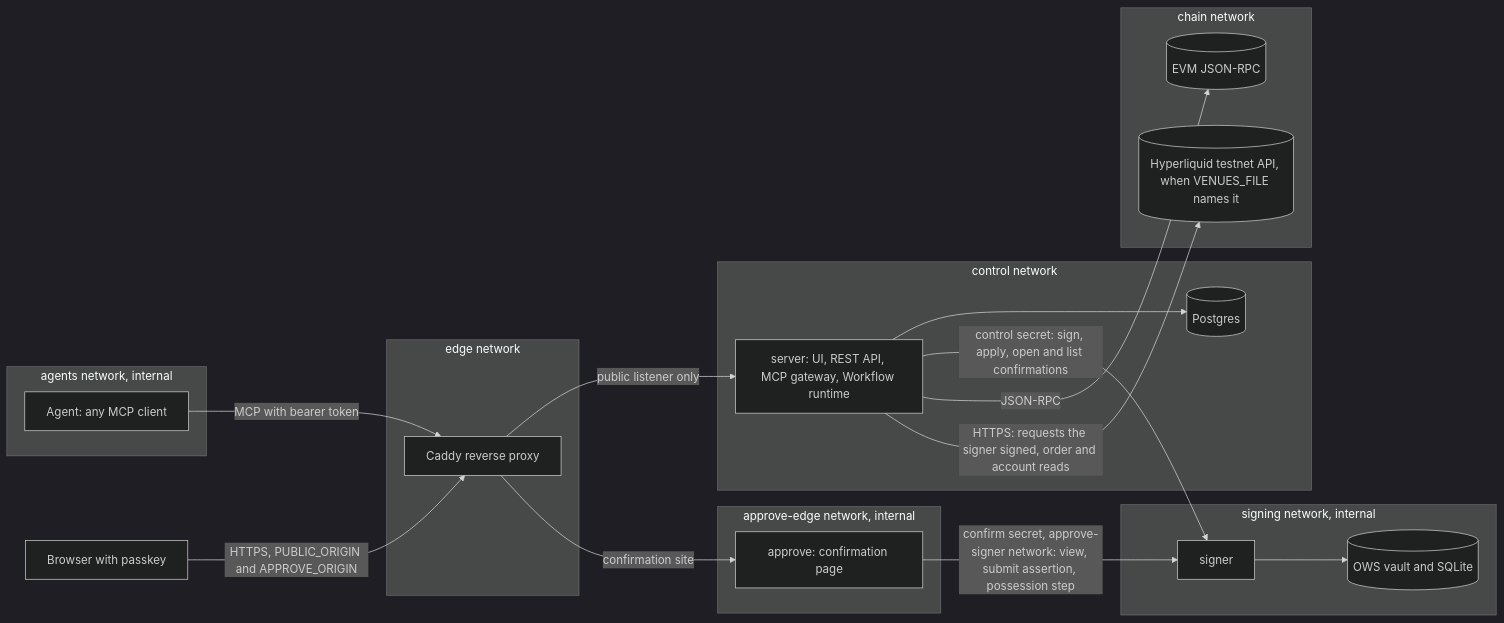
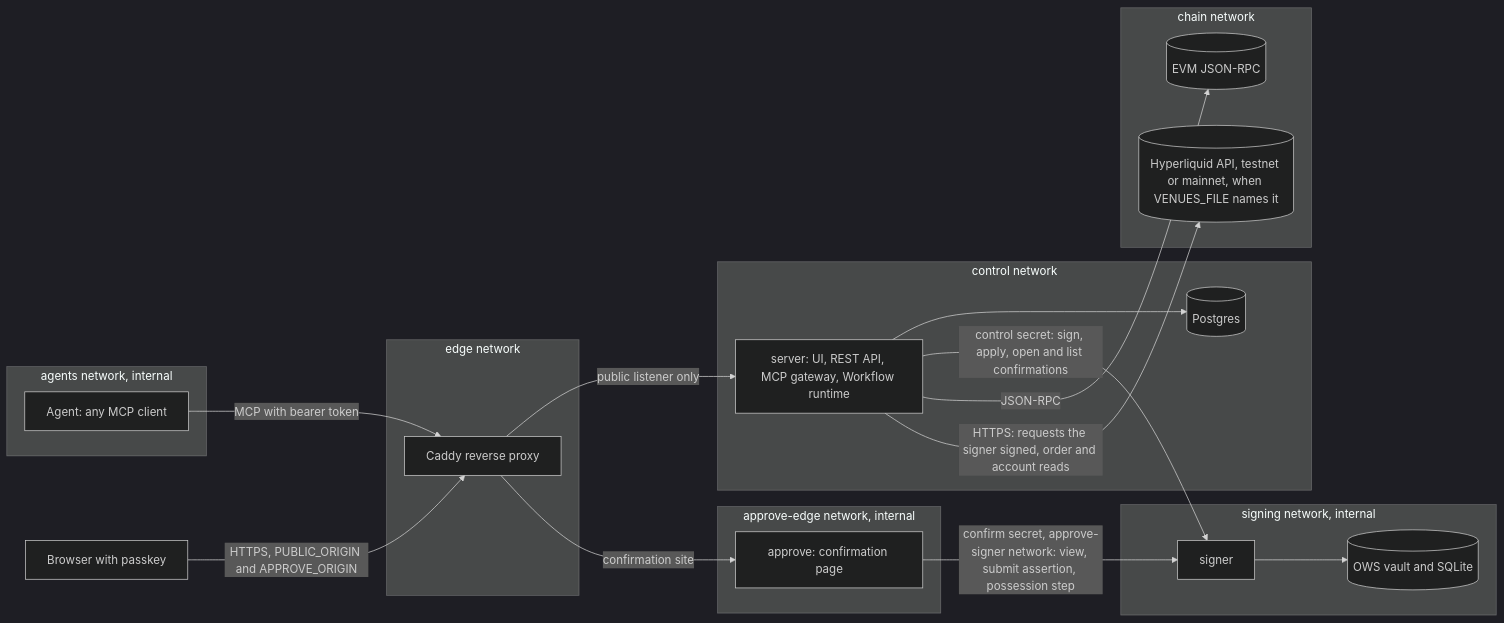
Before and after one commit to askgina/os: the first of 10 diagrams in docs/architecture.md, drawn with Mermaid (dark theme). The commit also changed other lines of this file and 118 other files, not shown here.

First line of the commit message:
venues: Hyperliquid mainnet is supported

````diff
--- a/docs/architecture.md
+++ b/docs/architecture.md
@@ -49,34 +49,34 @@
 ```mermaid
 flowchart LR
   subgraph agentsNet [agents network, internal]
     A[Agent: any MCP client]
   end
   subgraph edgeNet [edge network]
     C[Caddy reverse proxy]
   end
   subgraph controlNet [control network]
     S[server: UI, REST API, MCP gateway, Workflow runtime]
     P[(Postgres)]
   end
   subgraph signingNet [signing network, internal]
     G[signer]
     V[(OWS vault and SQLite)]
   end
   subgraph approveEdgeNet [approve-edge network, internal]
     AP[approve: confirmation page]
   end
   subgraph chainNet [chain network]
     R[(EVM JSON-RPC)]
-    H[(Hyperliquid testnet API, when VENUES_FILE names it)]
+    H[(Hyperliquid API, testnet or mainnet, when VENUES_FILE names it)]
   end
   B[Browser with passkey] -->|HTTPS, PUBLIC_ORIGIN and APPROVE_ORIGIN| C
   A -->|MCP with bearer token| C
   C -->|public listener only| S
   C -->|confirmation site| AP
   S --> P
   S -->|control secret: sign, apply, open and list confirmations| G
   AP -->|confirm secret, approve-signer network: view, submit assertion, possession step| G
   G --> V
   S -->|JSON-RPC| R
   S -->|HTTPS: requests the signer signed, order and account reads| H
 ```
````
